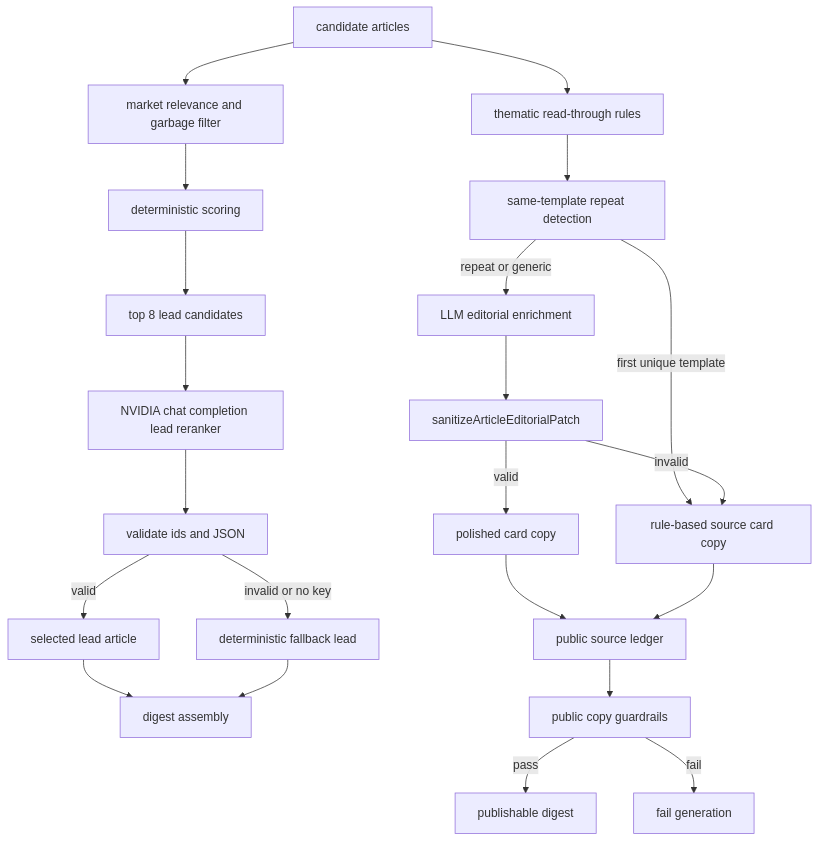
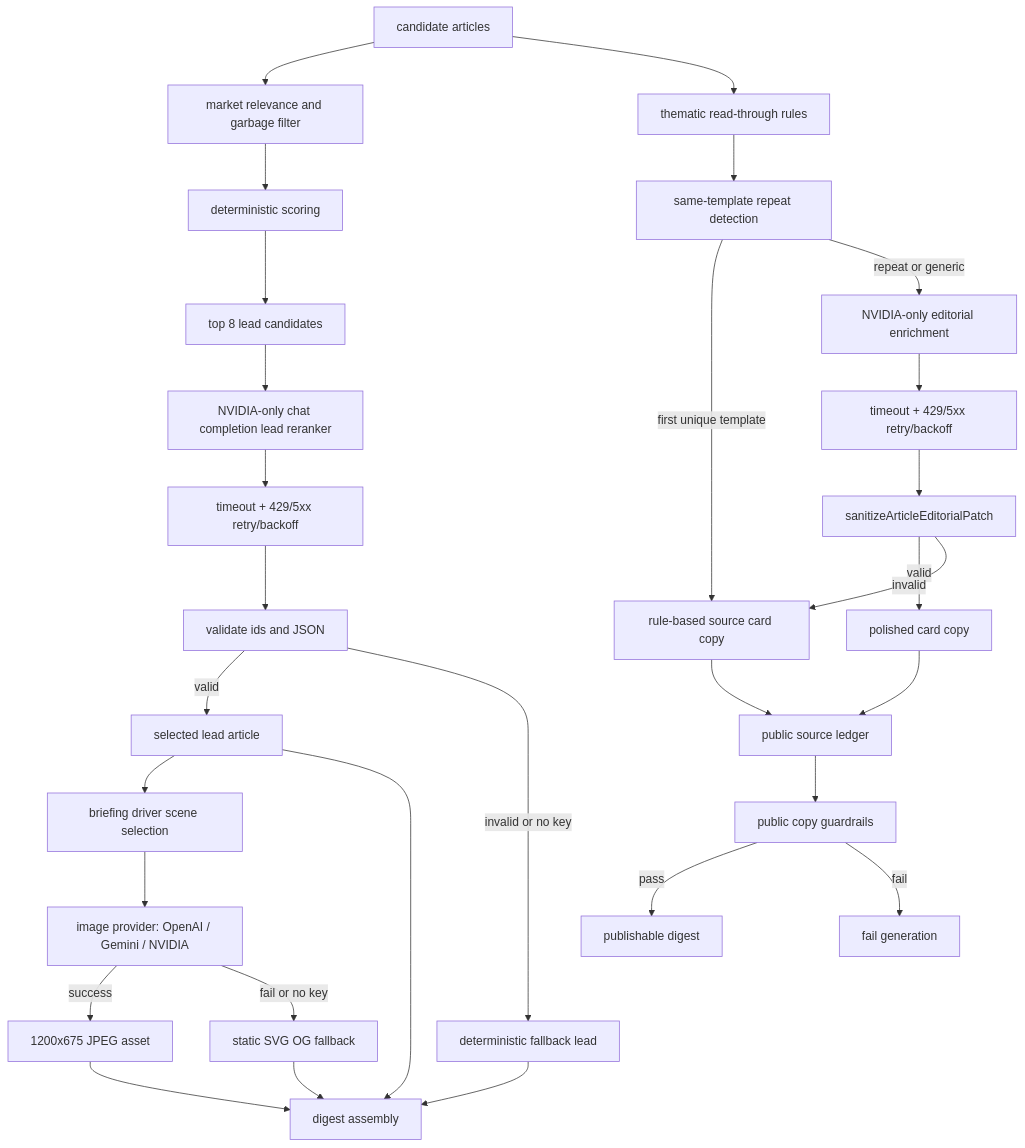
Before and after one commit to Abheydeep/marketNews: the diagram in context/architecture-diagrams/03-llm-enrichment-pipeline.mmd, drawn with Mermaid. The commit also changed 33 other files, not shown here.

```diff
--- a/context/architecture-diagrams/03-llm-enrichment-pipeline.mmd
+++ b/context/architecture-diagrams/03-llm-enrichment-pipeline.mmd
@@ -1,25 +1,33 @@
 flowchart TD
   Articles["candidate articles"] --> Filter["market relevance and garbage filter"]
   Filter --> Score["deterministic scoring"]
   Score --> Shortlist["top 8 lead candidates"]
 
-  Shortlist --> LeadAgent["NVIDIA chat completion lead reranker"]
-  LeadAgent --> ValidateLead["validate ids and JSON"]
+  Shortlist --> LeadAgent["NVIDIA-only chat completion lead reranker"]
+  LeadAgent --> RetryLead["timeout + 429/5xx retry/backoff"]
+  RetryLead --> ValidateLead["validate ids and JSON"]
   ValidateLead -->|valid| Lead["selected lead article"]
   ValidateLead -->|invalid or no key| DeterministicLead["deterministic fallback lead"]
 
   Articles --> Templates["thematic read-through rules"]
   Templates --> RepeatCheck["same-template repeat detection"]
   RepeatCheck -->|first unique template| DeterministicCopy["rule-based source card copy"]
-  RepeatCheck -->|repeat or generic| EditorialAgent["LLM editorial enrichment"]
-  EditorialAgent --> Sanitize["sanitizeArticleEditorialPatch"]
+  RepeatCheck -->|repeat or generic| EditorialAgent["NVIDIA-only editorial enrichment"]
+  EditorialAgent --> RetryEditorial["timeout + 429/5xx retry/backoff"]
+  RetryEditorial --> Sanitize["sanitizeArticleEditorialPatch"]
   Sanitize -->|valid| Polished["polished card copy"]
   Sanitize -->|invalid| DeterministicCopy
+  Lead --> ImageScene["briefing driver scene selection"]
+  ImageScene --> ImageModel["image provider: OpenAI / Gemini / NVIDIA"]
+  ImageModel -->|success| OgJpeg["1200x675 JPEG asset"]
+  ImageModel -->|fail or no key| OgFallback["static SVG OG fallback"]
 
   Lead --> Digest["digest assembly"]
   DeterministicLead --> Digest
+  OgJpeg --> Digest
+  OgFallback --> Digest
   Polished --> SourceLedger["public source ledger"]
   DeterministicCopy --> SourceLedger
   SourceLedger --> CopyGuard["public copy guardrails"]
   CopyGuard -->|pass| Publishable["publishable digest"]
   CopyGuard -->|fail| Stop["fail generation"]
```
